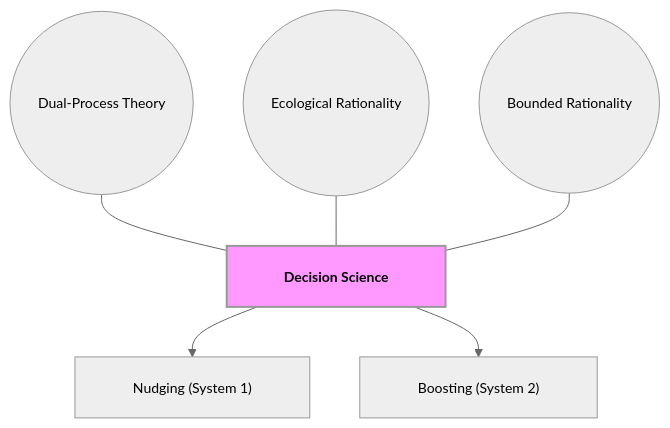
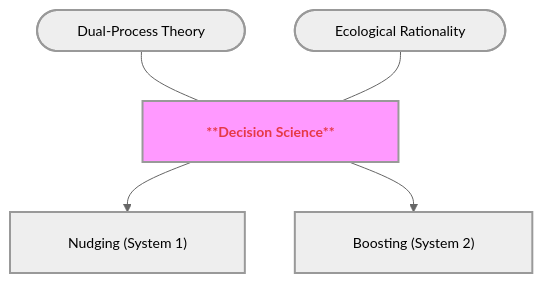
The fifth of 8 diagrams in Communication_Influence/Mastery_Guide_SOW_BS033.md (GM024/CourseSummaries), drawn with Mermaid before and after one commit. The commit also changed other lines of this file, not shown here.

Commit message:
Final Structural Overhaul: GitHub-optimized diagrams, red-bold verbatim nodes, and 150w+ descriptive APA notes

````diff
--- a/Communication_Influence/Mastery_Guide_SOW_BS033.md
+++ b/Communication_Influence/Mastery_Guide_SOW_BS033.md
@@ -156,14 +171,14 @@
 ```mermaid
 %%{init: { 'flowchart': { 'padding': 20, 'nodeSpacing': 50, 'rankSpacing': 50, 'useMaxWidth': false }, 'theme': 'neutral', 'themeVariables': { 'fontSize': '14px' }}}%%
 graph TD
-    Hub["&nbsp;&nbsp;&nbsp;&nbsp; Decision Science &nbsp;&nbsp;&nbsp;&nbsp;"]:::hubNode
+    Hub["&nbsp;&nbsp;&nbsp;&nbsp;&nbsp;&nbsp; <span style='color:#e63946'>**Decision Science**</span> &nbsp;&nbsp;&nbsp;&nbsp;&nbsp;&nbsp;"]:::hubNode
     
-    S1(("&nbsp;&nbsp;&nbsp;&nbsp; Dual-Process Theory &nbsp;&nbsp;&nbsp;&nbsp;")) --- Hub
-    S2(("&nbsp;&nbsp;&nbsp;&nbsp; Ecological Rationality &nbsp;&nbsp;&nbsp;&nbsp;")) --- Hub
-    S3(("&nbsp;&nbsp;&nbsp;&nbsp; Bounded Rationality &nbsp;&nbsp;&nbsp;&nbsp;")) --- Hub
+    S1(["&nbsp;&nbsp;&nbsp;&nbsp;&nbsp;&nbsp; Dual-Process Theory &nbsp;&nbsp;&nbsp;&nbsp;&nbsp;&nbsp;"]) --- Hub
+    S2(["&nbsp;&nbsp;&nbsp;&nbsp;&nbsp;&nbsp; Ecological Rationality &nbsp;&nbsp;&nbsp;&nbsp;&nbsp;&nbsp;"]) --- Hub
     
     Hub --> B1["&nbsp;&nbsp;&nbsp;&nbsp; Nudging (System 1) &nbsp;&nbsp;&nbsp;&nbsp;"]
     Hub --> B2["&nbsp;&nbsp;&nbsp;&nbsp; Boosting (System 2) &nbsp;&nbsp;&nbsp;&nbsp;"]
     
     classDef hubNode font-weight:bold,stroke-width:2px,fill:#f9f;
+    classDef default stroke-width:2px;
 ```
````
